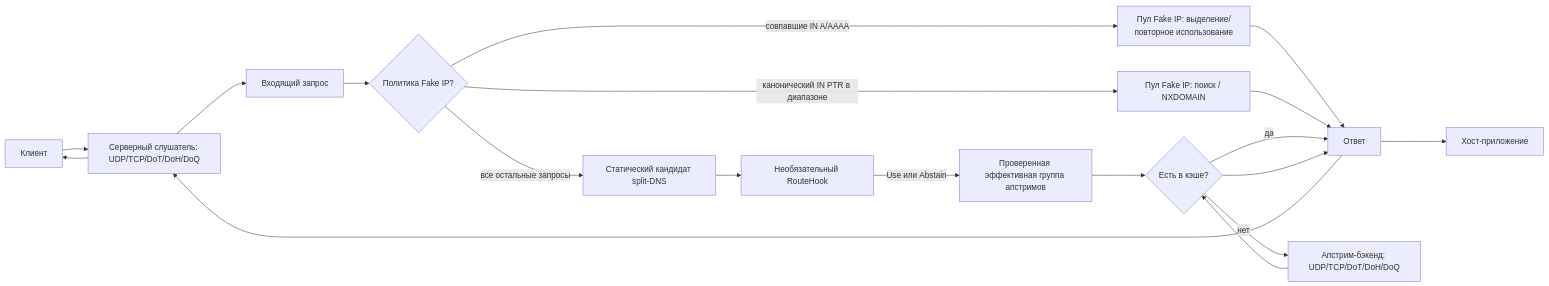
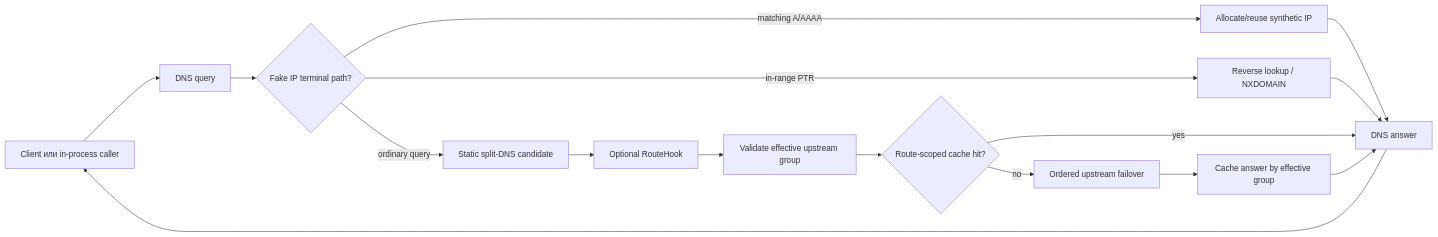
One commit to F000NKKK/dns-lattice changed the diagram in ARCHITECTURE.ru.md. Above: the diagram before and after it, drawn with Mermaid. The commit also changed other lines of this file, not shown here.

````diff
--- a/ARCHITECTURE.ru.md
+++ b/ARCHITECTURE.ru.md
@@ -151,21 +120,18 @@
 ```mermaid
 flowchart LR
-    Client[Клиент] --> Listener[Серверный слушатель: UDP/TCP/DoT/DoH/DoQ]
-    Listener --> Query[Входящий запрос]
-    Query --> FakePolicy{Политика Fake IP?}
-    FakePolicy -->|совпавшие IN A/AAAA| FakeIP[Пул Fake IP: выделение/повторное использование]
-    FakePolicy -->|канонический IN PTR в диапазоне| Reverse[Пул Fake IP: поиск / NXDOMAIN]
-    FakeIP --> Answer[Ответ]
-    Reverse --> Answer
-    FakePolicy -->|все остальные запросы| Match[Статический кандидат split-DNS]
-    Match --> Hook[Необязательный RouteHook]
-    Hook -->|Use или Abstain| Route[Проверенная эффективная группа апстримов]
-    Route --> Cache{Есть в кэше?}
-    Cache -->|да| Answer[Ответ]
-    Cache -->|нет| Upstream[Апстрим-бэкенд: UDP/TCP/DoT/DoH/DoQ]
-    Upstream --> Cache
-    Cache --> Answer
-    Answer --> Host[Хост-приложение]
-    Answer --> Listener
-    Listener --> Client
+    Client[Client или in-process caller] --> Query[DNS query]
+    Query --> Fake{Fake IP terminal path?}
+    Fake -->|matching A/AAAA| FakeAlloc[Allocate/reuse synthetic IP]
+    Fake -->|in-range PTR| FakeReverse[Reverse lookup / NXDOMAIN]
+    FakeAlloc --> Answer[DNS answer]
+    FakeReverse --> Answer
+    Fake -->|ordinary query| Static[Static split-DNS candidate]
+    Static --> Hook[Optional RouteHook]
+    Hook --> Validate[Validate effective upstream group]
+    Validate --> Cache{Route-scoped cache hit?}
+    Cache -->|yes| Answer
+    Cache -->|no| Upstream[Ordered upstream failover]
+    Upstream --> CacheStore[Cache answer by effective group]
+    CacheStore --> Answer
+    Answer --> Client
 ```
````
